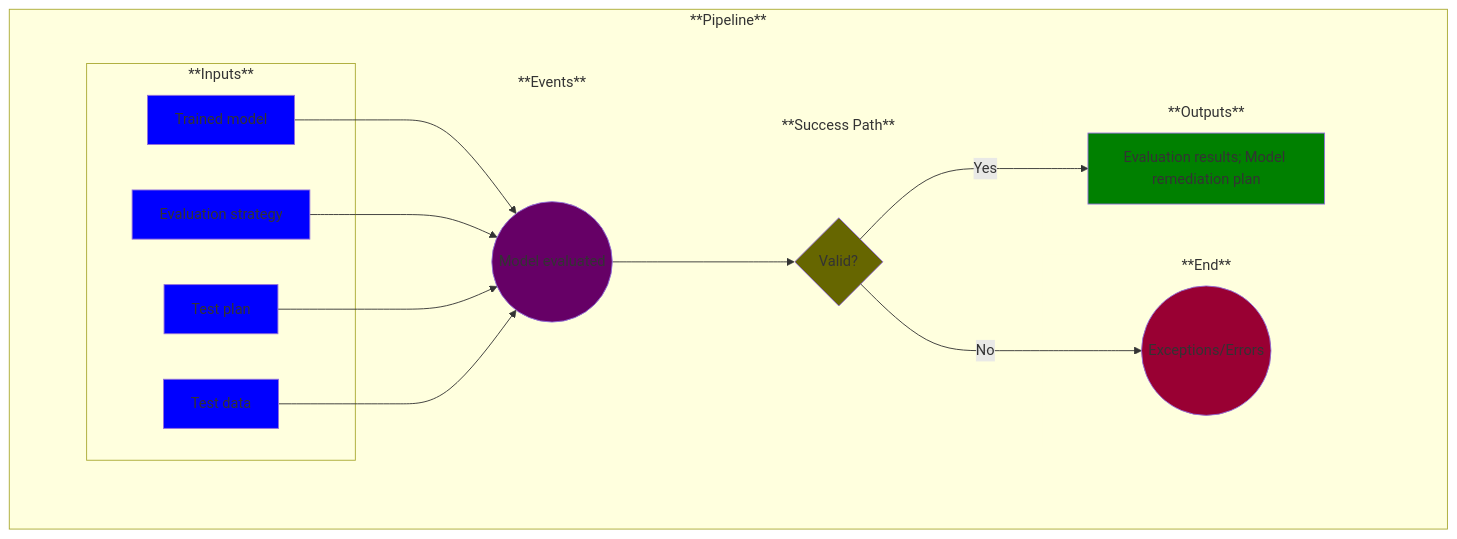
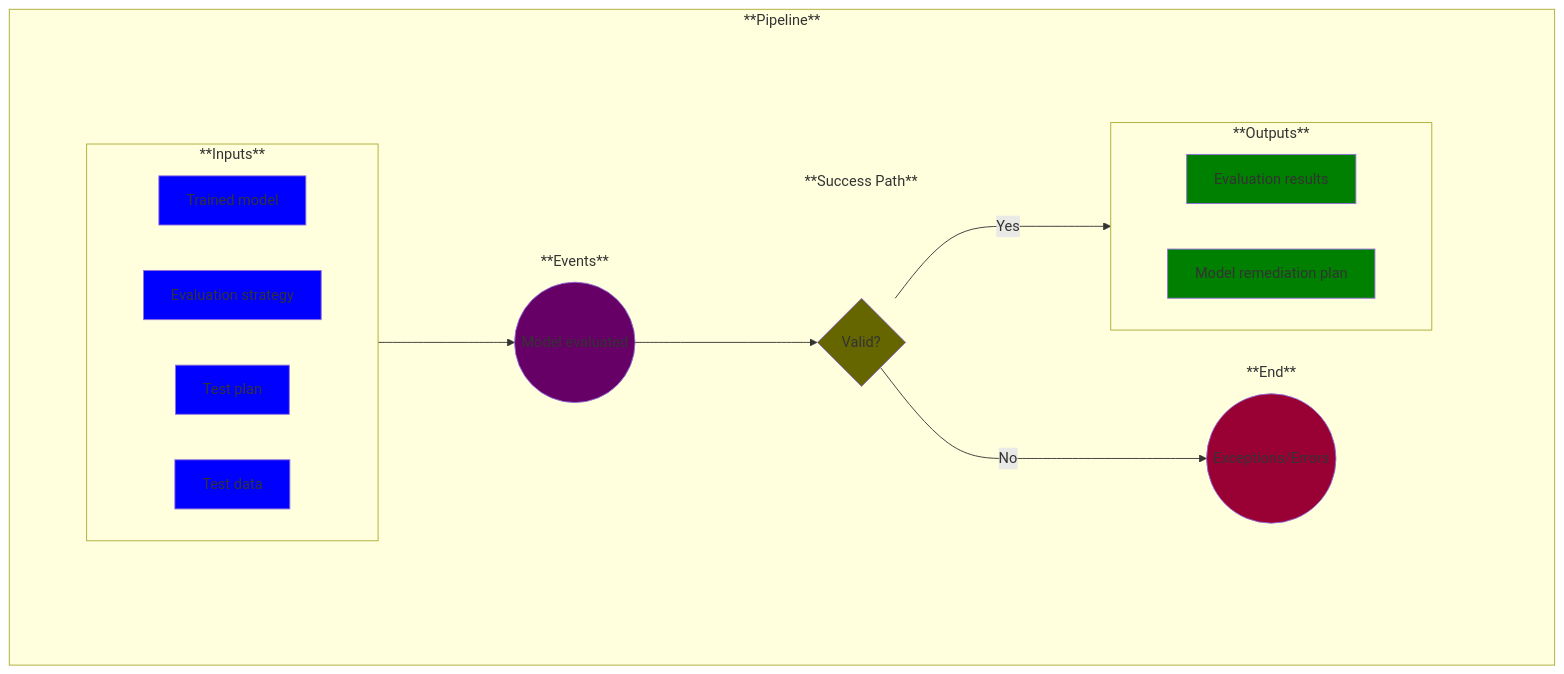
One commit to MLOps-OpenAPI/arch-diagrams changed the diagram in use-cases/12-model-eval.md. Above: the diagram before and after it, drawn with Mermaid. The commit also changed other lines of this file and 20 other files, not shown here.

Commit message:
Switched arrows to groups rather than individual inputs/outputs

```diff
--- a/use-cases/12-model-eval.md
+++ b/use-cases/12-model-eval.md
@@ -34,14 +34,8 @@
             %% Add the rest of the nodes
             subgraph Inputs ["**Inputs**"]
                 A1
-            end
-            subgraph Inputs ["**Inputs**"]
                 A2
-            end
-            subgraph Inputs ["**Inputs**"]
                 A3
-            end
-            subgraph Inputs ["**Inputs**"]
                 A4
             end
             subgraph Events ["**Events**"]
@@ -54,16 +48,14 @@
                 D
             end
             subgraph Outputs ["**Outputs**"]
-                E
+                E1
+                E2
             end
         end
-        A1-->B
-        A2-->B
-        A3-->B
-        A4-->B
+        Inputs-->B
         B-->C
         C--> | No | D
-        C--> | Yes | E
+        C--> | Yes | Outputs
     end
 
     %% Now label and style the blocks
@@ -90,14 +82,15 @@
     D((Exceptions/Errors))
     style D fill:#990033
 
-    E[Evaluation results; Model remediation plan]
-    style E fill:green
+    E1[Evaluation results]
+    style E1 fill:green
+
+    E2[Model remediation plan]
+    style E2 fill:green
 
     %% Remove unnecessary box outlines
     style invisibleSpace stroke-width:0
-    style Inputs stroke-width:0
     style Events stroke-width:0
-    style Outputs stroke-width:0
     style End stroke-width:0
     style Success stroke-width:0
 
```
